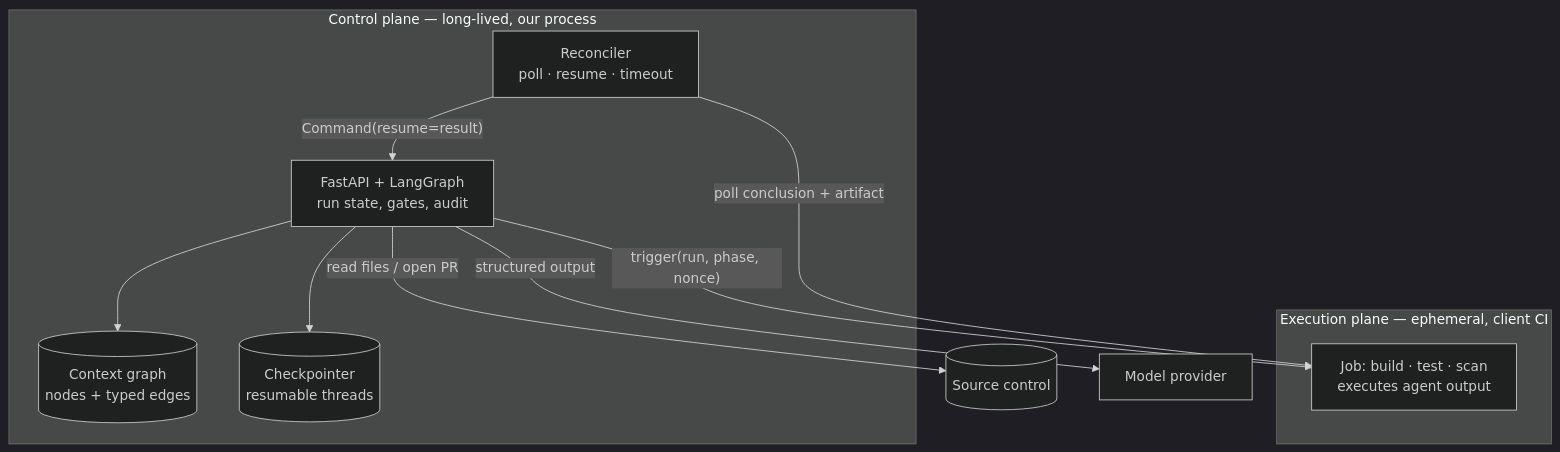
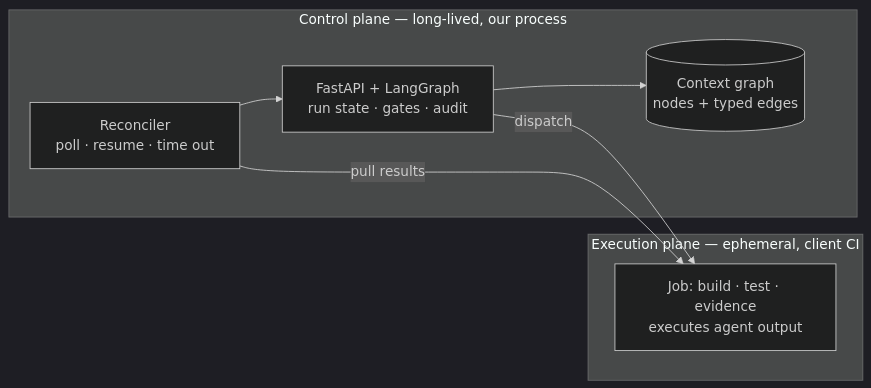
Before and after one commit to subhachak/agentic-sdlc: the first of 5 diagrams in docs/leadership-deck.md, drawn with Mermaid (dark theme). The commit also changed other lines of this file, not shown here.

````diff
--- a/docs/leadership-deck.md
+++ b/docs/leadership-deck.md
@@ -41,21 +62,15 @@
 ```mermaid
-flowchart TB
+flowchart LR
   subgraph CP["Control plane — long-lived, our process"]
-    API[FastAPI + LangGraph<br/>run state, gates, audit]
-    REC[Reconciler<br/>poll · resume · timeout]
-    CG[(Context graph<br/>nodes + typed edges)]
-    CKPT[(Checkpointer<br/>resumable threads)]
+    API["FastAPI + LangGraph<br/>run state · gates · audit"]
+    CG[("Context graph<br/>nodes + typed edges")]
+    REC["Reconciler<br/>poll · resume · time out"]
   end
   subgraph EP["Execution plane — ephemeral, client CI"]
-    RUN[Job: build · test · scan<br/>executes agent output]
+    JOB["Job: build · test · evidence<br/>executes agent output"]
   end
-  SCM[(Source control)]
-  LLM[Model provider]
-  API -->|"trigger(run, phase, nonce)"| RUN
-  REC -->|"poll conclusion + artifact"| RUN
-  REC -->|"Command(resume=result)"| API
-  API -->|"read files / open PR"| SCM
-  API -->|"structured output"| LLM
   API --> CG
-  API --> CKPT
+  API -- "dispatch" --> JOB
+  REC -- "pull results" --> JOB
+  REC --> API
 ```
````
